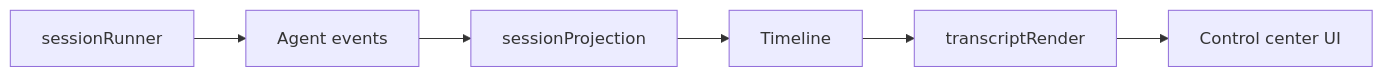
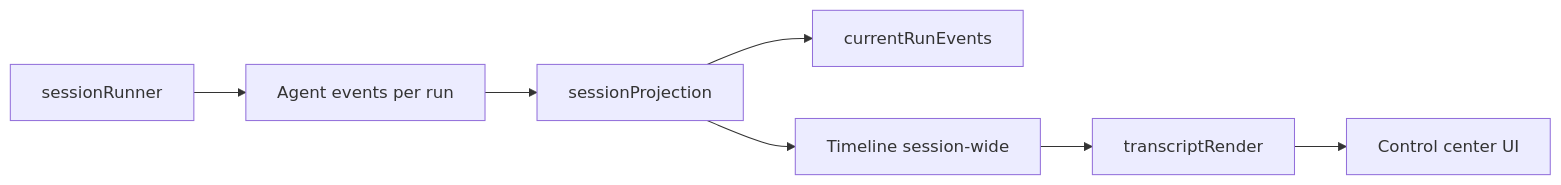
The diagram in CONTEXT.md (RankJay/computer-use), drawn with Mermaid before and after one commit. The commit also changed other lines of this file and 3 other files, not shown here.

Commit message:
Refactor session event management to separate current run events from session-wide timeline, enhancing clarity and functionality. Update related tests to ensure correct behavior across runs.

````diff
--- a/CONTEXT.md
+++ b/CONTEXT.md
@@ -7,15 +7,17 @@
 ```mermaid
 flowchart LR
   Runner[sessionRunner]
-  Events[Agent events]
+  Events[Agent events per run]
   Projection[sessionProjection]
-  Timeline[Timeline]
+  CurrentRunEvents[currentRunEvents]
+  Timeline[Timeline session-wide]
   Transcript[transcriptRender]
   UI[Control center UI]
 
   Runner --> Events
   Events --> Projection
+  Projection --> CurrentRunEvents
   Projection --> Timeline
   Timeline --> Transcript
   Transcript --> UI
 ```
````
